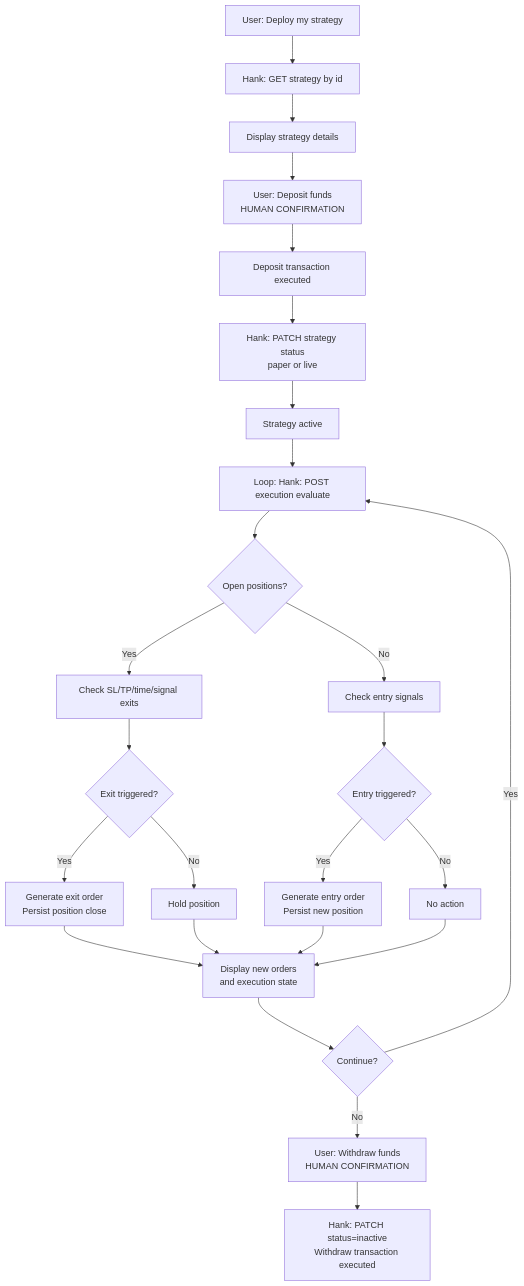
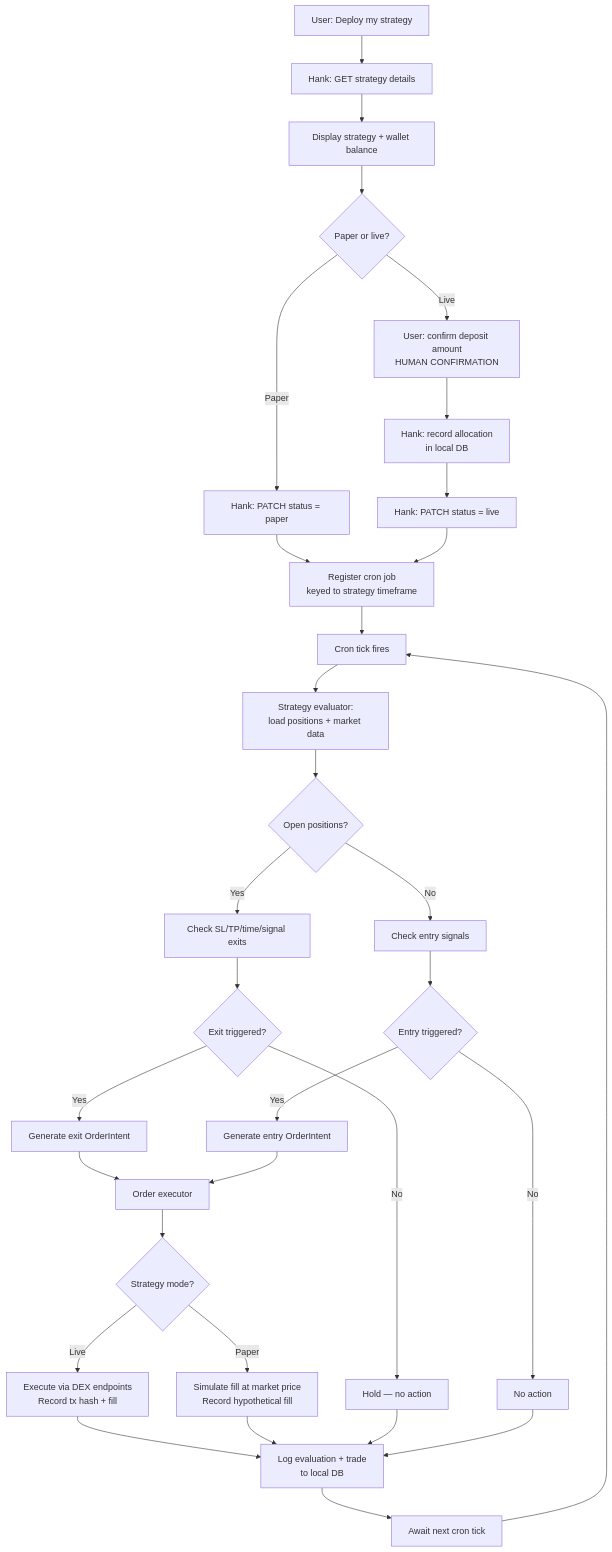
One commit to MangroveTechnologies/app-in-a-box changed the third of 4 diagrams in docs/user-stories.md. Above: the diagram before and after it, drawn with Mermaid. The commit also changed other lines of this file, not shown here.

First line of the commit message:
revise user stories + flows with architecture decisions

````diff
--- a/docs/user-stories.md
+++ b/docs/user-stories.md
@@ -172,27 +220,34 @@
 ```mermaid
 flowchart TD
-    A[User: Deploy my strategy] --> B[Hank: GET strategy by id]
-    B --> C[Display strategy details]
-    C --> D[User: Deposit funds<br/>HUMAN CONFIRMATION]
-    D --> E[Deposit transaction executed]
-    E --> F[Hank: PATCH strategy status<br/>paper or live]
-    F --> G[Strategy active]
-    G --> H[Loop: Hank: POST execution evaluate]
-    H --> I{Open positions?}
-    I -->|Yes| J[Check SL/TP/time/signal exits]
-    J --> K{Exit triggered?}
-    K -->|Yes| L[Generate exit order<br/>Persist position close]
-    K -->|No| M[Hold position]
-    I -->|No| N[Check entry signals]
-    N --> O{Entry triggered?}
-    O -->|Yes| P[Generate entry order<br/>Persist new position]
-    O -->|No| Q[No action]
-    L --> R[Display new orders<br/>and execution state]
-    M --> R
-    P --> R
-    Q --> R
-    R --> S{Continue?}
-    S -->|Yes| H
-    S -->|No| T[User: Withdraw funds<br/>HUMAN CONFIRMATION]
-    T --> U[Hank: PATCH status=inactive<br/>Withdraw transaction executed]
+    A[User: Deploy my strategy] --> B[Hank: GET strategy details]
+    B --> C[Display strategy + wallet balance]
+    C --> D{Paper or live?}
+    D -->|Paper| E[Hank: PATCH status = paper]
+    D -->|Live| F[User: confirm deposit amount<br/>HUMAN CONFIRMATION]
+    F --> G[Hank: record allocation<br/>in local DB]
+    G --> H[Hank: PATCH status = live]
+    E --> I[Register cron job<br/>keyed to strategy timeframe]
+    H --> I
+    I --> J[Cron tick fires]
+    J --> K[Strategy evaluator:<br/>load positions + market data]
+    K --> L{Open positions?}
+    L -->|Yes| M[Check SL/TP/time/signal exits]
+    M --> N{Exit triggered?}
+    N -->|Yes| O[Generate exit OrderIntent]
+    N -->|No| P[Hold — no action]
+    L -->|No| Q[Check entry signals]
+    Q --> R{Entry triggered?}
+    R -->|Yes| S[Generate entry OrderIntent]
+    R -->|No| T[No action]
+    O --> U[Order executor]
+    S --> U
+    U --> V{Strategy mode?}
+    V -->|Live| W[Execute via DEX endpoints<br/>Record tx hash + fill]
+    V -->|Paper| X[Simulate fill at market price<br/>Record hypothetical fill]
+    W --> Y[Log evaluation + trade<br/>to local DB]
+    X --> Y
+    P --> Y
+    T --> Y
+    Y --> Z[Await next cron tick]
+    Z --> J
 ```
````
